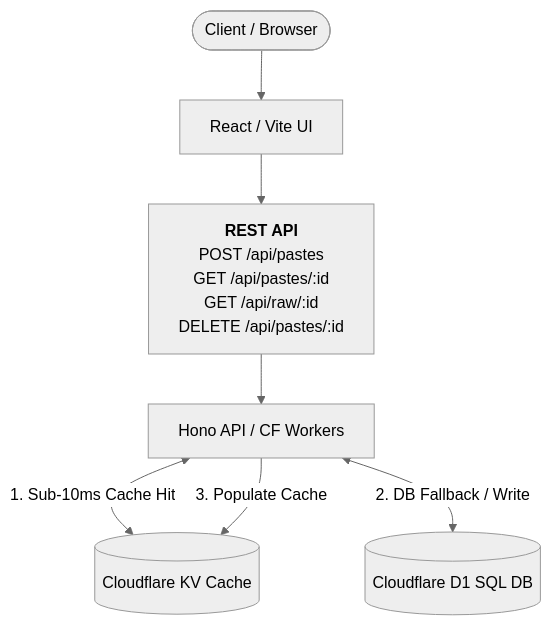
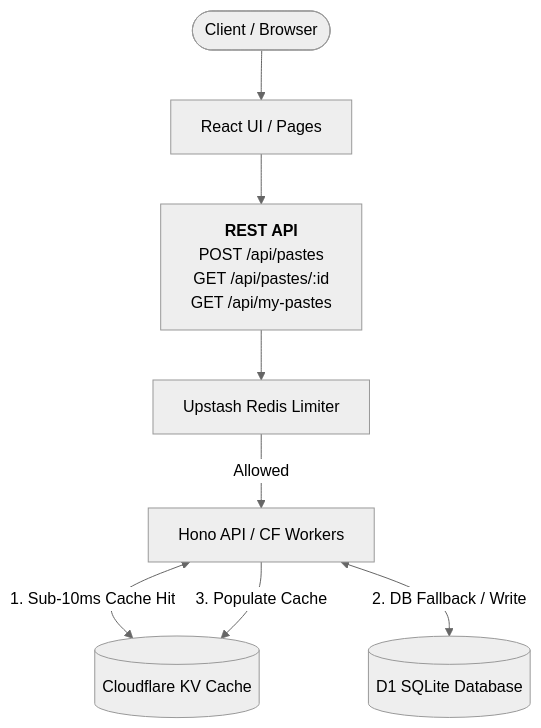
One commit to AryanSharma48/inkdrop changed the diagram in README.md. Above: the diagram before and after it, drawn with Mermaid (neutral theme). The commit also changed other lines of this file, not shown here.

````diff
--- a/README.md
+++ b/README.md
@@ -62,19 +49,21 @@
 ```mermaid
 graph TD
     Client([Client / Browser])
     
-    Frontend[React / Vite UI]
+    Frontend[React UI / Pages]
     API[Hono API / CF Workers]
+    RateLimit[Upstash Redis Limiter]
     KV[(Cloudflare KV Cache)]
-    D1[(Cloudflare D1 SQL DB)]
+    D1[(D1 SQLite Database)]
 
-    Routes["<b>REST API</b><br/>POST /api/pastes<br/>GET /api/pastes/:id<br/>GET /api/raw/:id<br/>DELETE /api/pastes/:id"]
+    Routes["<b>REST API</b><br/>POST /api/pastes<br/>GET /api/pastes/:id<br/>GET /api/my-pastes"]
     
     Client --> Frontend
     Frontend --> Routes
-    Routes --> API
+    Routes --> RateLimit
+    RateLimit -- "Allowed" --> API
     
     API <-->|1. Sub-10ms Cache Hit| KV
     API <-->|2. DB Fallback / Write| D1
     API -->|3. Populate Cache| KV
 ```
````
